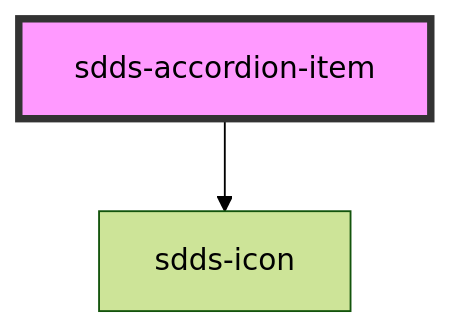
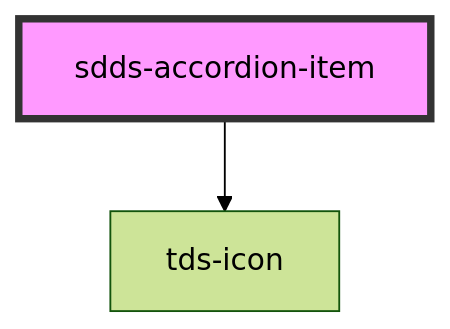
Before and after one commit to scania-digital-design-system/tegel: the diagram in core/src/components/accordion/accordion-item/readme.md, drawn with Mermaid (forest theme). The commit also changed other lines of this file and 75 other files, not shown here.

````diff
--- a/core/src/components/accordion/accordion-item/readme.md
+++ b/core/src/components/accordion/accordion-item/readme.md
@@ -45,5 +45,5 @@
 ```mermaid
 graph TD;
-  sdds-accordion-item --> sdds-icon
+  sdds-accordion-item --> tds-icon
   style sdds-accordion-item fill:#f9f,stroke:#333,stroke-width:4px
 ```
````
